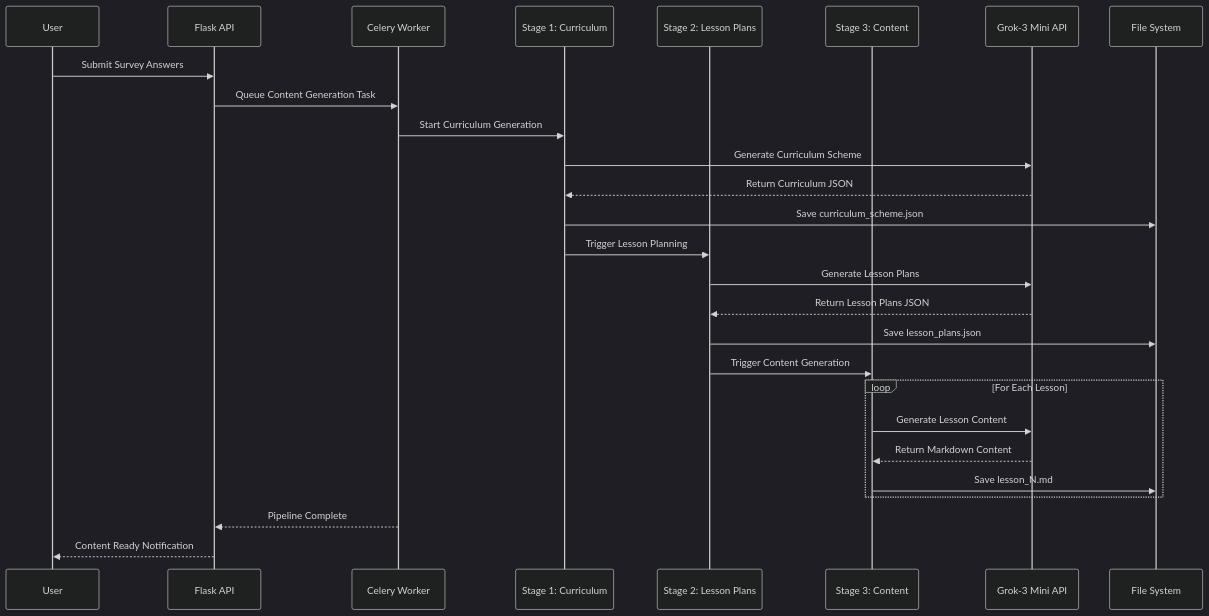
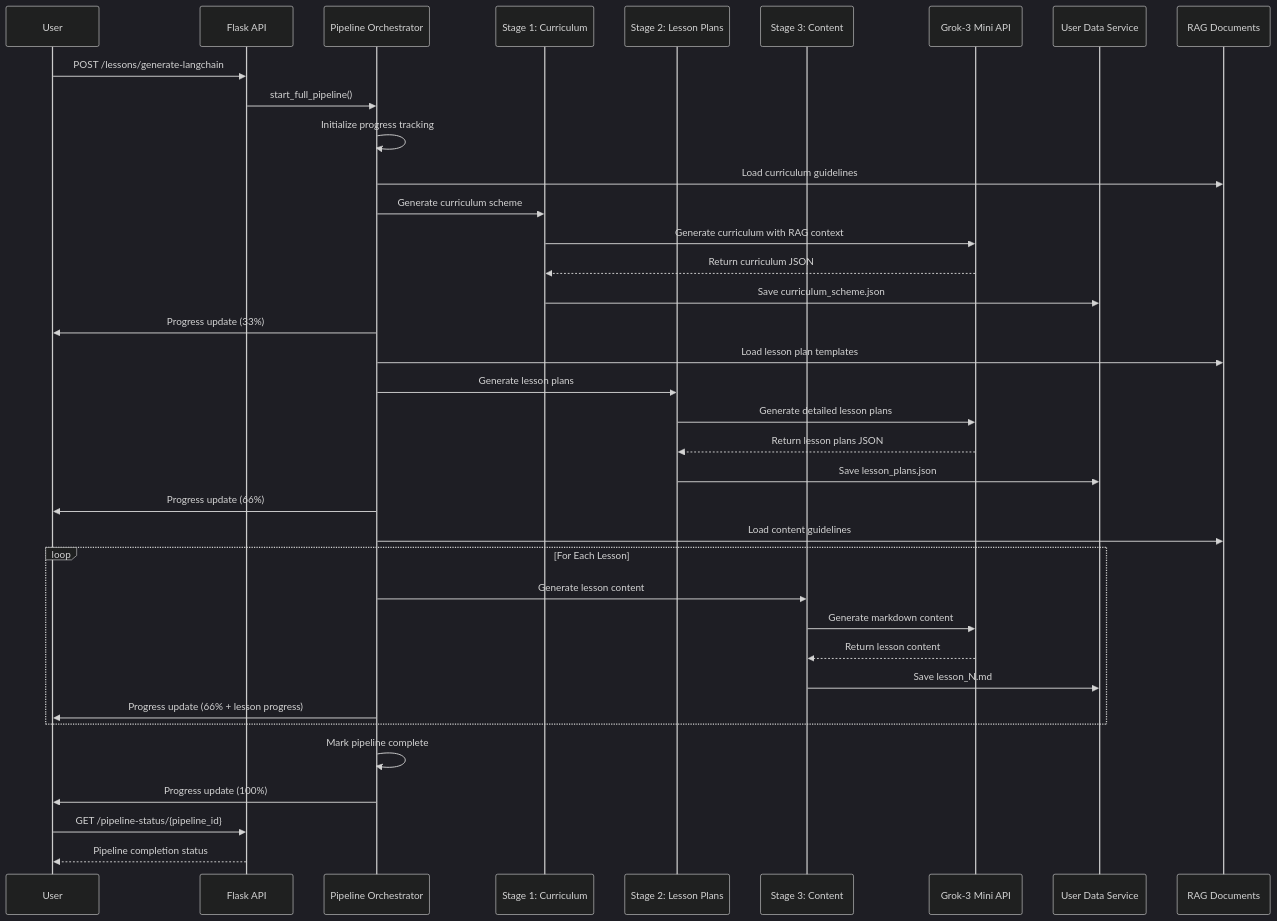
The second of 2 diagrams in docs/DEVELOPER_GUIDE.md (MikeHibbert/MindCoach), drawn with Mermaid (dark theme) before and after one commit. The commit also changed other lines of this file and 3 other files, not shown here.

````diff
--- a/docs/DEVELOPER_GUIDE.md
+++ b/docs/DEVELOPER_GUIDE.md
@@ -96,33 +96,44 @@
 ```mermaid
 sequenceDiagram
     participant U as User
     participant API as Flask API
-    participant C as Celery Worker
+    participant PO as Pipeline Orchestrator
     participant L1 as Stage 1: Curriculum
     participant L2 as Stage 2: Lesson Plans
     participant L3 as Stage 3: Content
     participant G as Grok-3 Mini API
-    participant FS as File System
+    participant UDS as User Data Service
+    participant RAG as RAG Documents
 
-    U->>API: Submit Survey Answers
-    API->>C: Queue Content Generation Task
-    C->>L1: Start Curriculum Generation
-    L1->>G: Generate Curriculum Scheme
-    G-->>L1: Return Curriculum JSON
-    L1->>FS: Save curriculum_scheme.json
+    U->>API: POST /lessons/generate-langchain
+    API->>PO: start_full_pipeline()
+    PO->>PO: Initialize progress tracking
     
-    L1->>L2: Trigger Lesson Planning
-    L2->>G: Generate Lesson Plans
-    G-->>L2: Return Lesson Plans JSON
-    L2->>FS: Save lesson_plans.json
+    PO->>RAG: Load curriculum guidelines
+    PO->>L1: Generate curriculum scheme
+    L1->>G: Generate curriculum with RAG context
+    G-->>L1: Return curriculum JSON
+    L1->>UDS: Save curriculum_scheme.json
+    PO->>U: Progress update (33%)
     
-    L2->>L3: Trigger Content Generation
+    PO->>RAG: Load lesson plan templates
+    PO->>L2: Generate lesson plans
+    L2->>G: Generate detailed lesson plans
+    G-->>L2: Return lesson plans JSON
+    L2->>UDS: Save lesson_plans.json
+    PO->>U: Progress update (66%)
+    
+    PO->>RAG: Load content guidelines
     loop For Each Lesson
-        L3->>G: Generate Lesson Content
-        G-->>L3: Return Markdown Content
-        L3->>FS: Save lesson_N.md
+        PO->>L3: Generate lesson content
+        L3->>G: Generate markdown content
+        G-->>L3: Return lesson content
+        L3->>UDS: Save lesson_N.md
+        PO->>U: Progress update (66% + lesson progress)
     end
     
-    C-->>API: Pipeline Complete
-    API-->>U: Content Ready Notification
+    PO->>PO: Mark pipeline complete
+    PO->>U: Progress update (100%)
+    U->>API: GET /pipeline-status/{pipeline_id}
+    API-->>U: Pipeline completion status
 ```
````
